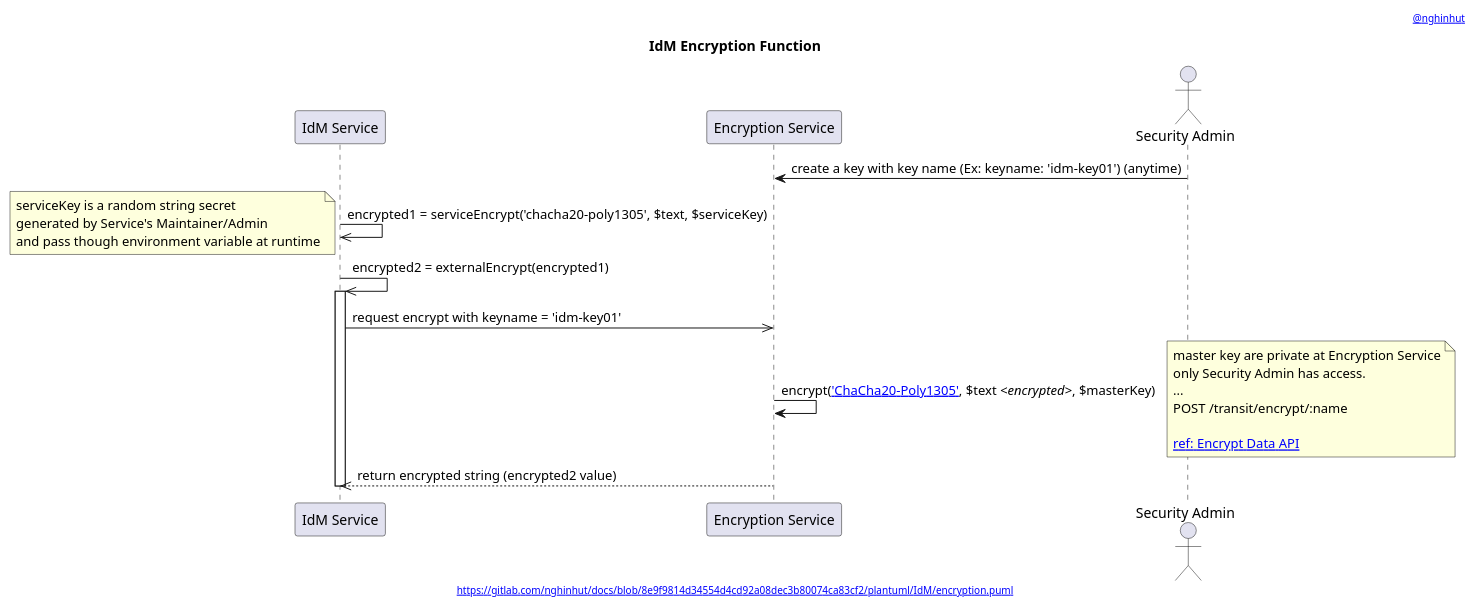
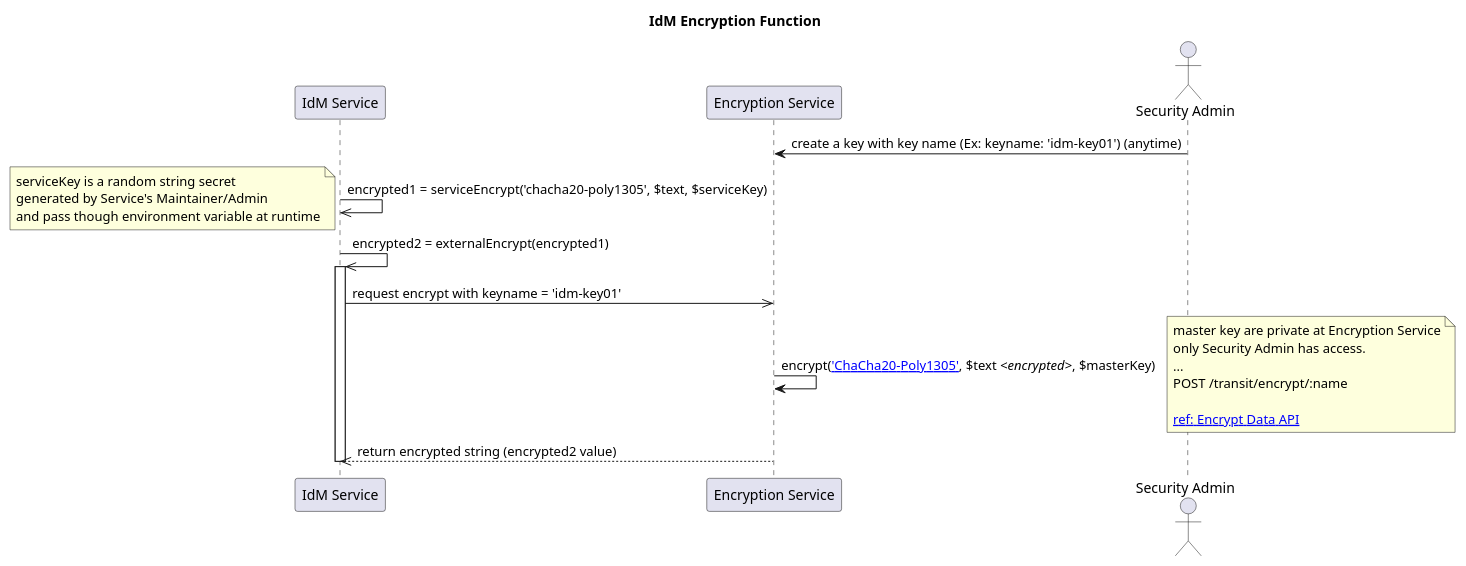
The diagram in plantuml/IdM/encryption.function.puml (nghinhut/docs), drawn with PlantUML before and after one commit. The commit also changed 26 other files, not shown here.

Commit message:
refactor(plantuml): remove plantuml header from files

```diff
--- a/plantuml/IdM/encryption.function.puml
+++ b/plantuml/IdM/encryption.function.puml
@@ -1,35 +1,30 @@
 @startuml
-'-----START auto generated metadata please keep comment here to allow auto update-----
-'-----DON'T EDIT THIS SECTION, INSTEAD RE-RUN prebuild.sh TO UPDATE-----
-header [[https://www.nghinhut.dev?from=http%5C%3A%5C%2F%5C%2Fwww%5C.plantuml%5C.com%5C%2Fplantuml%5C%2Fproxy%3Ffmt%3Dsvg%5C%26src%3Dhttps%5C%3A%5C%2F%5C%2Fgitlab%5C.com%5C%2Fnghinhut%5C%2Fdocs%5C%2Fraw%5C%2F8e9f9814d34554d4cd92a08dec3b80074ca83cf2%5C%2Fplantuml%5C%2FIdM%5C%2Fencryption%5C.puml%0A @nghinhut]]
-footer [[http://www.plantuml.com/plantuml/proxy?fmt=svg&src=https://gitlab.com/nghinhut/docs/raw/8e9f9814d34554d4cd92a08dec3b80074ca83cf2/plantuml/IdM/encryption.puml https://gitlab.com/nghinhut/docs/blob/8e9f9814d34554d4cd92a08dec3b80074ca83cf2/plantuml/IdM/encryption.puml]]
-'-----END auto generated metadata please keep comment here to allow auto update-----
 title IdM Encryption Function
 participant "IdM Service" as idm
 participant "Encryption Service" as es
 actor "Security Admin" as esAdmin
 
 es <- esAdmin : create a key with key name (Ex: keyname: 'idm-key01') (anytime)
 
 idm ->> idm : encrypted1 = serviceEncrypt('chacha20-poly1305', $text, $serviceKey)
 note left
     serviceKey is a random string secret
     generated by Service's Maintainer/Admin
     and pass though environment variable at runtime
 end note
 
 idm ->> idm : encrypted2 = externalEncrypt(encrypted1)
 activate idm
     idm ->> es : request encrypt with keyname = 'idm-key01'
         es -> es : encrypt([[https://www.vaultproject.io/docs/secrets/transit/index.html#chacha20-poly1305{ChaCha20-Poly1305 with a 256-bit key} 'ChaCha20-Poly1305']], $text //<encrypted>//, $masterKey)
         note right
             master key are private at Encryption Service
             only Security Admin has access.
             ...
             POST /transit/encrypt/:name
 
             [[https://www.vaultproject.io/api/secret/transit/index.html#encrypt-data ref: Encrypt Data API]]
         end note
     idm <<-- es : return encrypted string (encrypted2 value)
 deactivate idm
 @enduml
```
